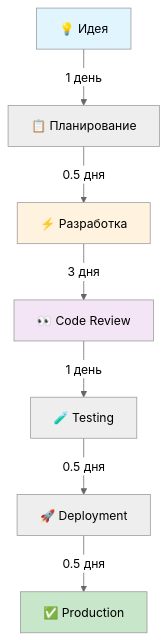
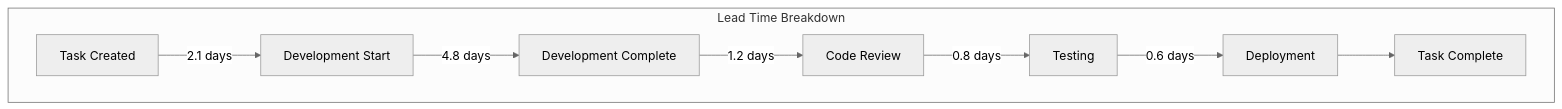
The second of 9 diagrams in project-management/reports/team-dashboard.md (HOW2AI-AGENCY/albert3-muse-synth-studio), drawn with Mermaid (neutral theme) before and after one commit. The commit also changed other lines of this file, not shown here.

````diff
--- a/project-management/reports/team-dashboard.md
+++ b/project-management/reports/team-dashboard.md
@@ -57,14 +50,11 @@
 ```mermaid
 graph TD
-    A[💡 Идея] -->|1 день| B[📋 Планирование]
-    B -->|0.5 дня| C[⚡ Разработка]
-    C -->|3 дня| D[👀 Code Review]
-    D -->|1 день| E[🧪 Testing]
-    E -->|0.5 дня| F[🚀 Deployment]
-    F -->|0.5 дня| G[✅ Production]
-    
-    style A fill:#e1f5fe
-    style G fill:#c8e6c9
-    style C fill:#fff3e0
-    style D fill:#f3e5f5
+    subgraph "Lead Time Breakdown"
+        A[Task Created] -->|2.1 days| B[Development Start]
+        B -->|4.8 days| C[Development Complete]
+        C -->|1.2 days| D[Code Review]
+        D -->|0.8 days| E[Testing]
+        E -->|0.6 days| F[Deployment]
+        F --> G[Task Complete]
+    end
 ```
````
